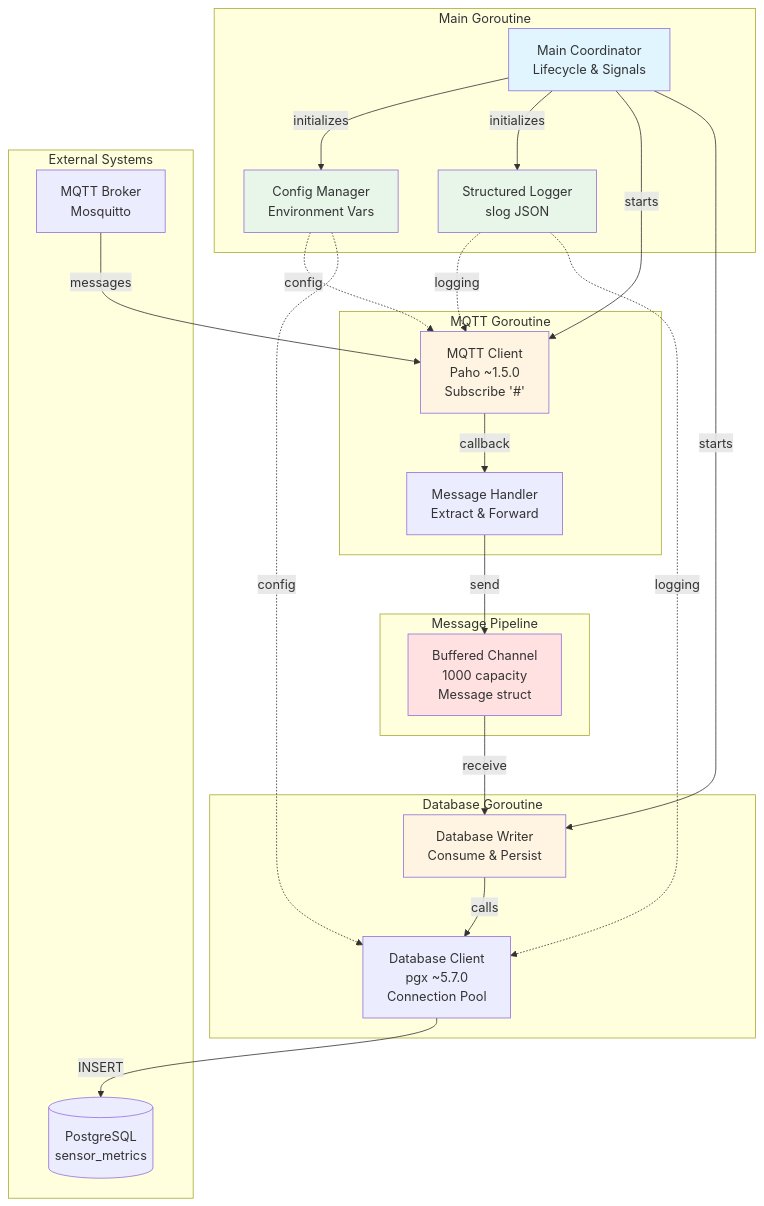
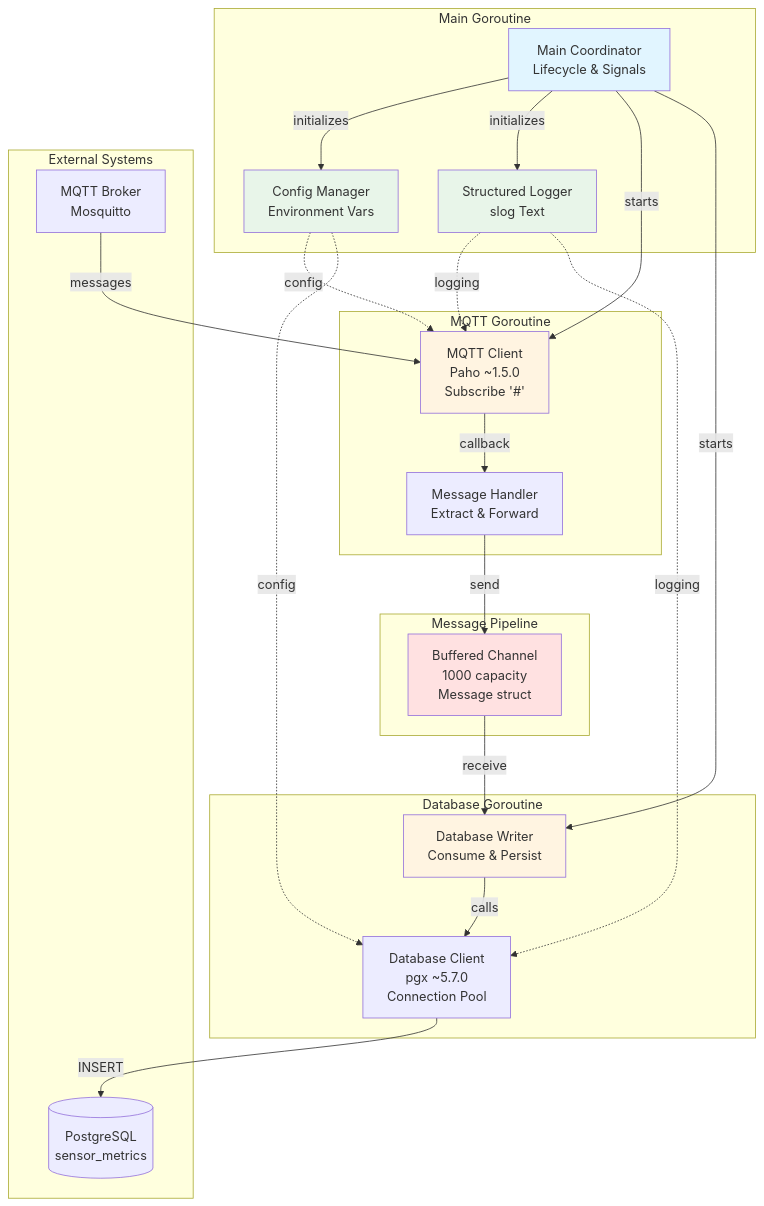
The second of 7 diagrams in docs/architecture.md (hagnerk/mqtt2bdd), drawn with Mermaid before and after one commit. The commit also changed other lines of this file, not shown here.

Commit message:
Add error handling in architecture.md.

````diff
--- a/docs/architecture.md
+++ b/docs/architecture.md
@@ -484,50 +518,50 @@
 ```mermaid
 graph TB
     subgraph "Main Goroutine"
         Main[Main Coordinator<br/>Lifecycle & Signals]
         Config[Config Manager<br/>Environment Vars]
-        Logger[Structured Logger<br/>slog JSON]
+        Logger[Structured Logger<br/>slog Text]
     end
 
     subgraph "MQTT Goroutine"
         MQTTClient[MQTT Client<br/>Paho ~1.5.0<br/>Subscribe '#']
         MQTTHandler[Message Handler<br/>Extract & Forward]
     end
 
     subgraph "Message Pipeline"
         Channel[Buffered Channel<br/>1000 capacity<br/>Message struct]
     end
 
     subgraph "Database Goroutine"
         DBWriter[Database Writer<br/>Consume & Persist]
         DBClient[Database Client<br/>pgx ~5.7.0<br/>Connection Pool]
     end
 
     subgraph "External Systems"
         Broker[MQTT Broker<br/>Mosquitto]
         Postgres[(PostgreSQL<br/>sensor_metrics)]
     end
 
     Main -->|initializes| Config
     Main -->|initializes| Logger
     Main -->|starts| MQTTClient
     Main -->|starts| DBWriter
     Config -.->|config| MQTTClient
     Config -.->|config| DBClient
     Logger -.->|logging| MQTTClient
     Logger -.->|logging| DBClient
 
     Broker -->|messages| MQTTClient
     MQTTClient -->|callback| MQTTHandler
     MQTTHandler -->|send| Channel
     Channel -->|receive| DBWriter
     DBWriter -->|calls| DBClient
     DBClient -->|INSERT| Postgres
 
     style Main fill:#e1f5ff
     style MQTTClient fill:#fff4e1
     style DBWriter fill:#fff4e1
     style Channel fill:#ffe1e1
     style Config fill:#e8f5e9
     style Logger fill:#e8f5e9
 ```
````
